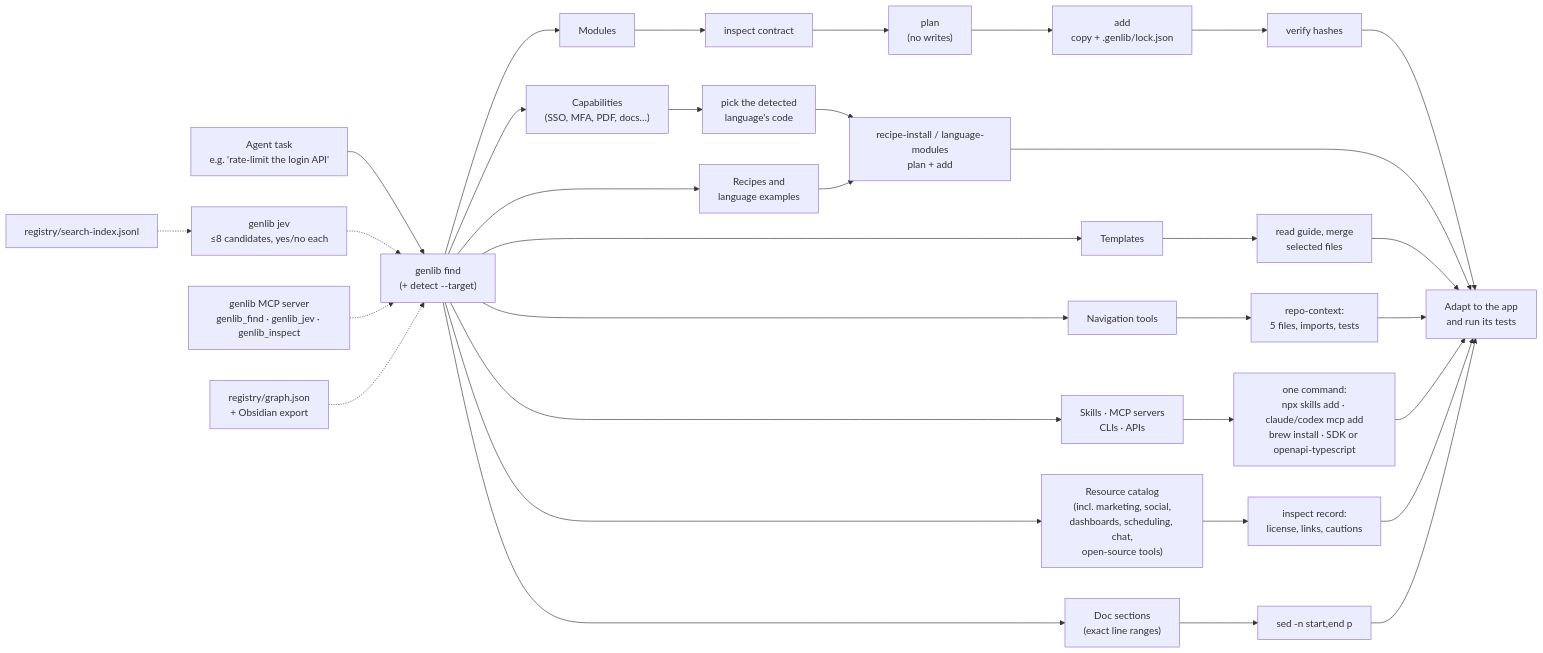
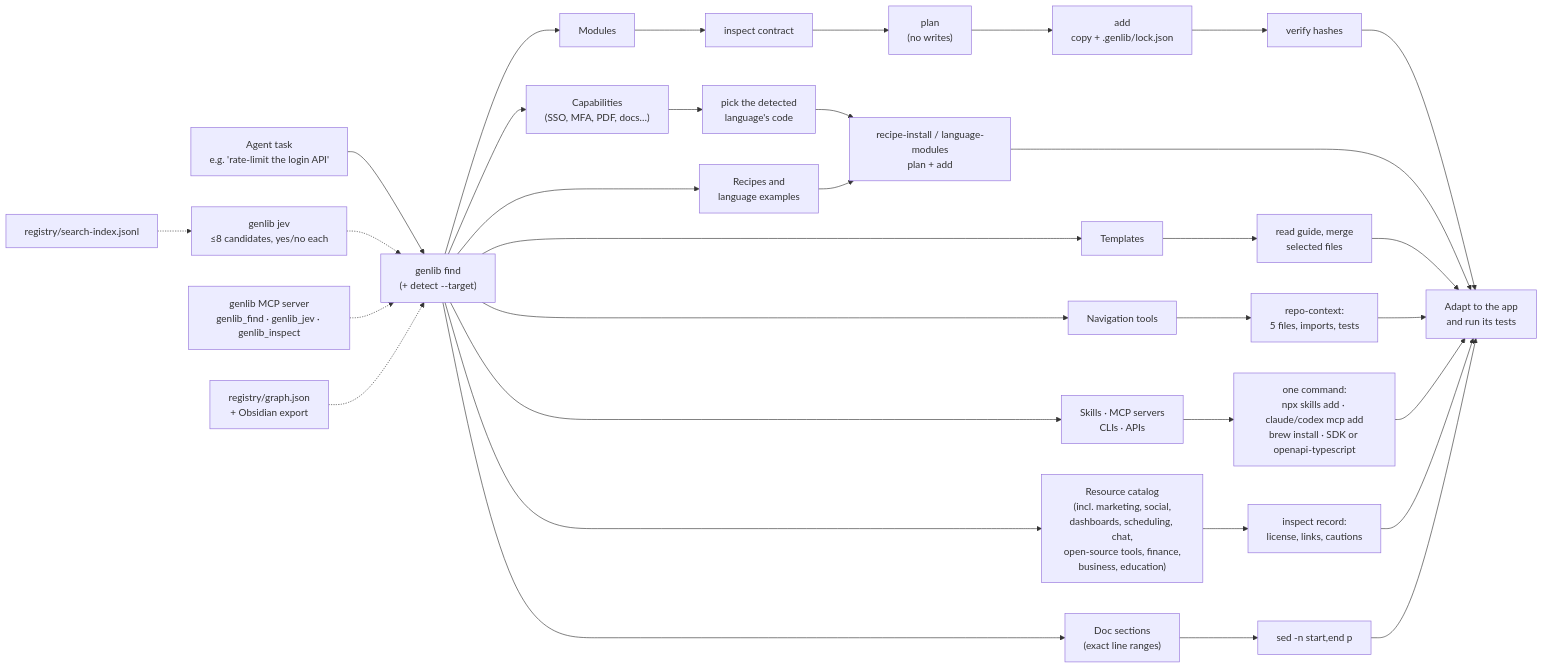
Before and after one commit to athompson83/genlib: the diagram in README.md, drawn with Mermaid. The commit also changed 16 other files, not shown here.

First line of the commit message:
Add finance/accounting, business and educator tool catalogs

````diff
--- a/README.md
+++ b/README.md
@@ -62,24 +62,24 @@
 ```mermaid
 flowchart LR
   Task["Agent task<br/>e.g. 'rate-limit the login API'"] --> Find["genlib find<br/>(+ detect --target)"]
   Find --> C["Capabilities<br/>(SSO, MFA, PDF, docs…)"]
   Find --> M["Modules"]
   Find --> R["Recipes and<br/>language examples"]
   Find --> T["Templates"]
   Find --> N["Navigation tools"]
   Find --> S["Skills · MCP servers<br/>CLIs · APIs"]
-  Find --> X["Resource catalog<br/>(incl. marketing, social,<br/>dashboards, scheduling, chat,<br/>open-source tools)"]
+  Find --> X["Resource catalog<br/>(incl. marketing, social,<br/>dashboards, scheduling, chat,<br/>open-source tools, finance,<br/>business, education)"]
   Find --> D["Doc sections<br/>(exact line ranges)"]
   Jev["genlib jev<br/>≤8 candidates, yes/no each"] -.-> Find
   Index["registry/search-index.jsonl"] -.-> Jev
   MCP["genlib MCP server<br/>genlib_find · genlib_jev · genlib_inspect"] -.-> Find
   Graph["registry/graph.json<br/>+ Obsidian export"] -.-> Find
   M --> Inspect["inspect contract"] --> Plan["plan<br/>(no writes)"] --> Add["add<br/>copy + .genlib/lock.json"] --> Verify["verify hashes"] --> App["Adapt to the app<br/>and run its tests"]
   C --> Lang["pick the detected<br/>language's code"] --> Copy
   R --> Copy["recipe-install / language-modules<br/>plan + add"] --> App
   T --> Merge["read guide, merge<br/>selected files"] --> App
   N --> Context["repo-context:<br/>5 files, imports, tests"] --> App
   S --> SkillAdd["one command:<br/>npx skills add · claude/codex mcp add<br/>brew install · SDK or openapi-typescript"] --> App
   X --> Adopt["inspect record:<br/>license, links, cautions"] --> App
   D --> Section["sed -n start,end p"] --> App
 ```
````
